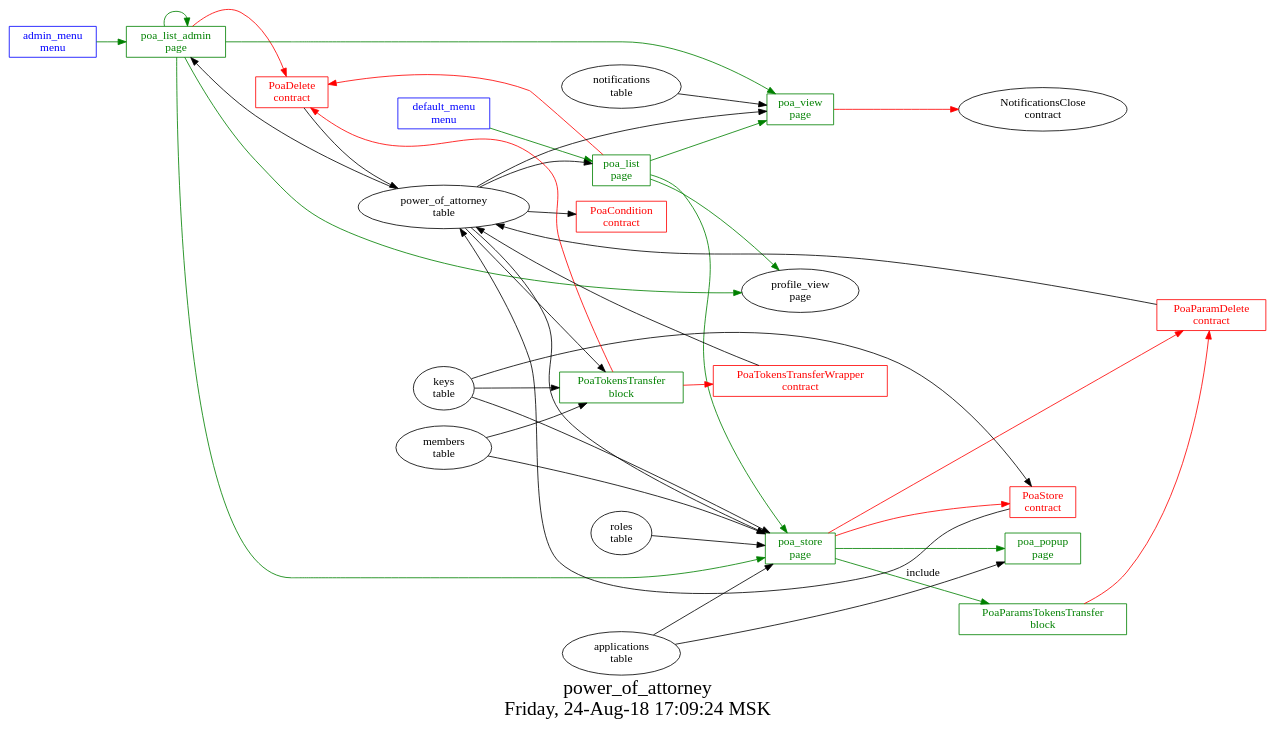
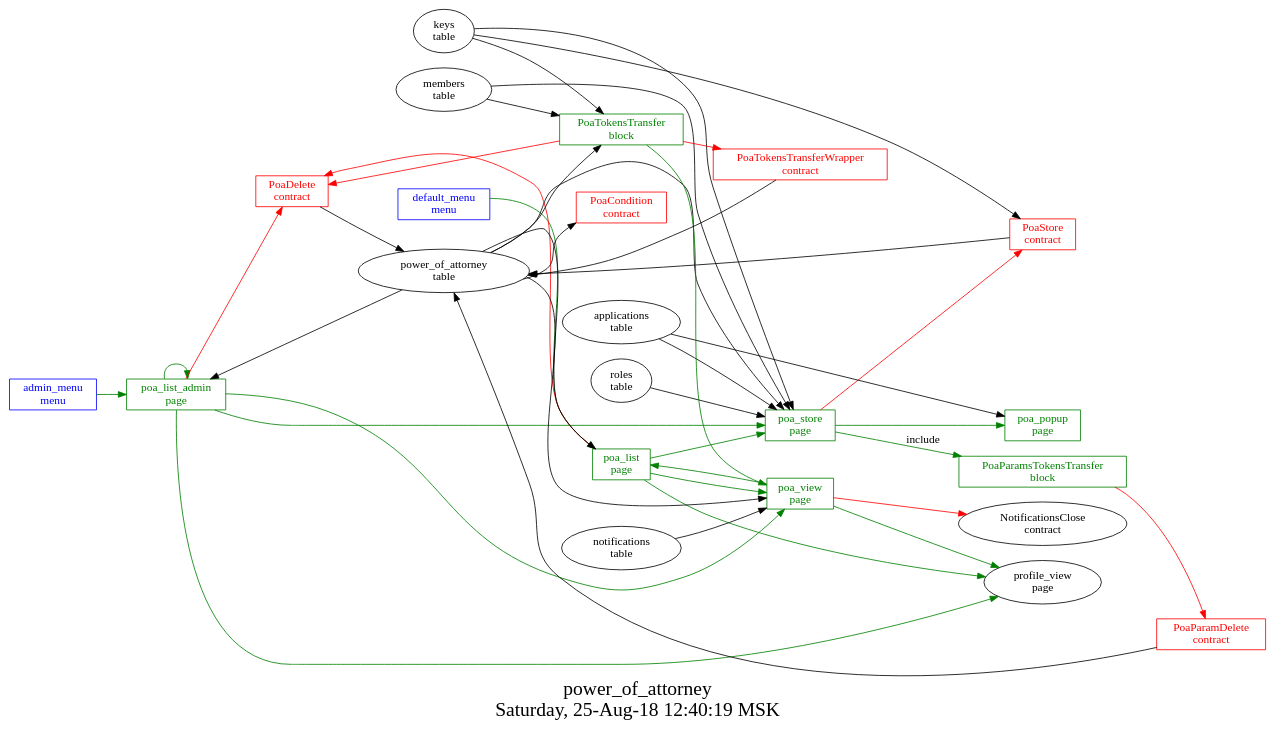
Before and after one commit to AlexZeDim/apps: the diagram in src/power_of_attorney/struct.dot, drawn with Graphviz. The commit also changed 1 other file, not shown here.

```diff
--- a/src/power_of_attorney/struct.dot
+++ b/src/power_of_attorney/struct.dot
@@ -1,63 +1,65 @@
 digraph G {
 graph [
   fontsize="24";
-  label="power_of_attorney\nFriday, 24-Aug-18 17:09:24 MSK";
+  label="power_of_attorney\nSaturday, 25-Aug-18 12:40:19 MSK";
   nojustify=true;
   ordering=out;
   rankdir=LR;
   size="30";
 ];
 "admin_menu\nmenu" -> "poa_list_admin\npage"  [ color=green ]
 "admin_menu\nmenu" [color=blue, fontcolor=blue, group=menus, shape=record];
 "default_menu\nmenu" -> "poa_list\npage"  [ color=green ]
 "default_menu\nmenu" [color=blue, fontcolor=blue, group=menus, shape=record];
 "poa_list\npage" -> "PoaDelete\ncontract"  [ color=red ]
 "power_of_attorney\ntable" -> "poa_list\npage"
 "poa_list\npage" -> "poa_store\npage"  [ color=green ]
 "poa_list\npage" -> "poa_view\npage"  [ color=green ]
 "poa_list\npage" -> "profile_view\npage"  [ color=green ]
 "poa_list\npage" [color=green, fontcolor=green, group=pages, shape=record];
 "poa_list_admin\npage" -> "PoaDelete\ncontract"  [ color=red ]
 "power_of_attorney\ntable" -> "poa_list_admin\npage"
 "poa_list_admin\npage" -> "poa_view\npage"  [ color=green ]
 "poa_list_admin\npage" -> "poa_store\npage"  [ color=green ]
 "poa_list_admin\npage" -> "profile_view\npage"  [ color=green ]
 "poa_list_admin\npage" -> "poa_list_admin\npage"  [ color=green ]
 "poa_list_admin\npage" [color=green, fontcolor=green, group=pages, shape=record];
 "applications\ntable" -> "poa_popup\npage"
 "poa_popup\npage" [color=green, fontcolor=green, group=pages, shape=record];
-"poa_store\npage" -> "PoaParamDelete\ncontract"  [ color=red ]
 "poa_store\npage" -> "PoaStore\ncontract"  [ color=red ]
 "applications\ntable" -> "poa_store\npage"
 "roles\ntable" -> "poa_store\npage"
 "keys\ntable" -> "poa_store\npage"
 "members\ntable" -> "poa_store\npage"
 "power_of_attorney\ntable" -> "poa_store\npage"
 "poa_store\npage" -> "poa_popup\npage"  [ color=green ]
 "poa_store\npage" -> "PoaParamsTokensTransfer\nblock"  [ color=green, label=include ]
 "poa_store\npage" [color=green, fontcolor=green, group=pages, shape=record];
 "poa_view\npage" -> "NotificationsClose\ncontract"  [ color=red ]
 "notifications\ntable" -> "poa_view\npage"
 "power_of_attorney\ntable" -> "poa_view\npage"
+"poa_view\npage" -> "poa_list\npage"  [ color=green ]
+"poa_view\npage" -> "profile_view\npage"  [ color=green ]
 "poa_view\npage" [color=green, fontcolor=green, group=pages, shape=record];
 "PoaParamsTokensTransfer\nblock" -> "PoaParamDelete\ncontract"  [ color=red ]
 "PoaParamsTokensTransfer\nblock" [color=green, fontcolor=green, group=blocks, shape=record];
 "PoaTokensTransfer\nblock" -> "PoaTokensTransferWrapper\ncontract"  [ color=red ]
 "PoaTokensTransfer\nblock" -> "PoaDelete\ncontract"  [ color=red ]
 "keys\ntable" -> "PoaTokensTransfer\nblock"
 "power_of_attorney\ntable" -> "PoaTokensTransfer\nblock"
 "members\ntable" -> "PoaTokensTransfer\nblock"
+"PoaTokensTransfer\nblock" -> "poa_view\npage"  [ color=green ]
 "PoaTokensTransfer\nblock" [color=green, fontcolor=green, group=blocks, shape=record];
 "power_of_attorney\ntable" -> "PoaCondition\ncontract"
 "PoaCondition\ncontract" [color=red, fontcolor=red, group=contracts, shape=record];
 "PoaDelete\ncontract" -> "power_of_attorney\ntable"  [ color="" ]
 "PoaDelete\ncontract" [color=red, fontcolor=red, group=contracts, shape=record];
 "PoaParamDelete\ncontract" -> "power_of_attorney\ntable"  [ color="" ]
 "PoaParamDelete\ncontract" [color=red, fontcolor=red, group=contracts, shape=record];
 "PoaStore\ncontract" -> "power_of_attorney\ntable"  [ color="" ]
 "keys\ntable" -> "PoaStore\ncontract"
 "PoaStore\ncontract" [color=red, fontcolor=red, group=contracts, shape=record];
 "PoaTokensTransferWrapper\ncontract" -> "power_of_attorney\ntable"  [ color="" ]
 "PoaTokensTransferWrapper\ncontract" [color=red, fontcolor=red, group=contracts, shape=record];
 "power_of_attorney\ntable" [color="", fontcolor="", group=tables, shape=""];
 }
```
